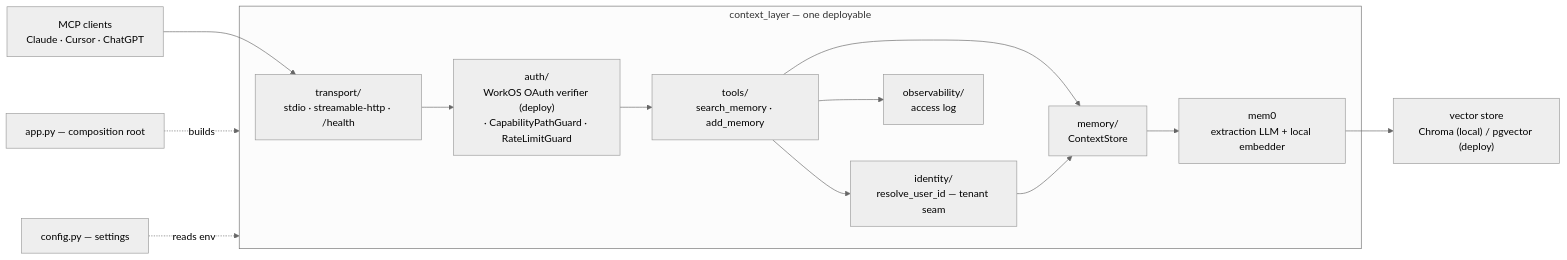
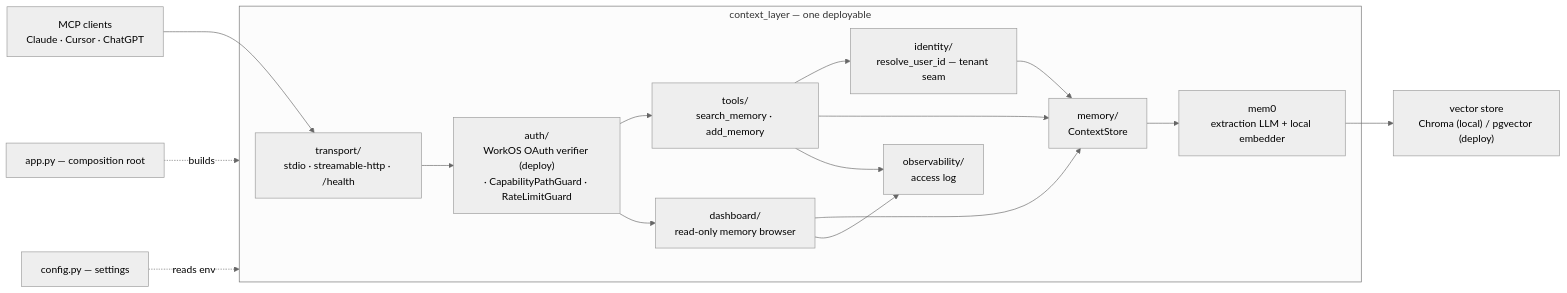
Before and after one commit to wanyuenmei/personal_mem: the diagram in ARCHITECTURE.md, drawn with Mermaid (neutral theme). The commit also changed other lines of this file and 14 other files, not shown here.

First line of the commit message:
PER-17: add /dashboard, a read-only browser view of all your memories

````diff
--- a/ARCHITECTURE.md
+++ b/ARCHITECTURE.md
@@ -9,18 +9,21 @@
 ```mermaid
 flowchart LR
   clients["MCP clients<br/>Claude · Cursor · ChatGPT"] --> transport
 
   subgraph app["context_layer — one deployable"]
     transport["transport/<br/>stdio · streamable-http · /health"] --> guards
     guards["auth/<br/>WorkOS OAuth verifier (deploy)<br/>· CapabilityPathGuard · RateLimitGuard"] --> tools
+    guards --> dash
     tools["tools/<br/>search_memory · add_memory"] --> identity
     tools --> store
     tools --> obs["observability/<br/>access log"]
+    dash["dashboard/<br/>read-only memory browser"] --> store
+    dash --> obs
     identity["identity/<br/>resolve_user_id — tenant seam"] --> store
     store["memory/<br/>ContextStore"] --> mem0["mem0<br/>extraction LLM + local embedder"]
   end
 
   mem0 --> vs["vector store<br/>Chroma (local) / pgvector (deploy)"]
   app_py["app.py — composition root"] -.builds.-> app
   config["config.py — settings"] -.reads env.-> app
 ```
````
